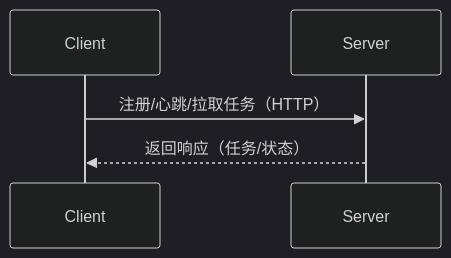
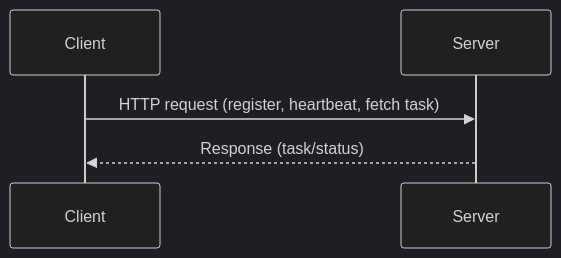
One commit to zhuCheer/orange-forge-connect changed the third of 4 diagrams in README.md. Above: the diagram before and after it, drawn with Mermaid (dark theme). The commit also changed other lines of this file and 1 other file, not shown here.

````diff
--- a/README.md
+++ b/README.md
@@ -130,7 +60,7 @@
 ```mermaid
 sequenceDiagram
     participant Client
     participant Server
-    Client->>Server: 注册/心跳/拉取任务（HTTP）
-    Server-->>Client: 返回响应（任务/状态）
+    Client->>Server: HTTP request (register, heartbeat, fetch task)
+    Server-->>Client: Response (task/status)
 ```
````
